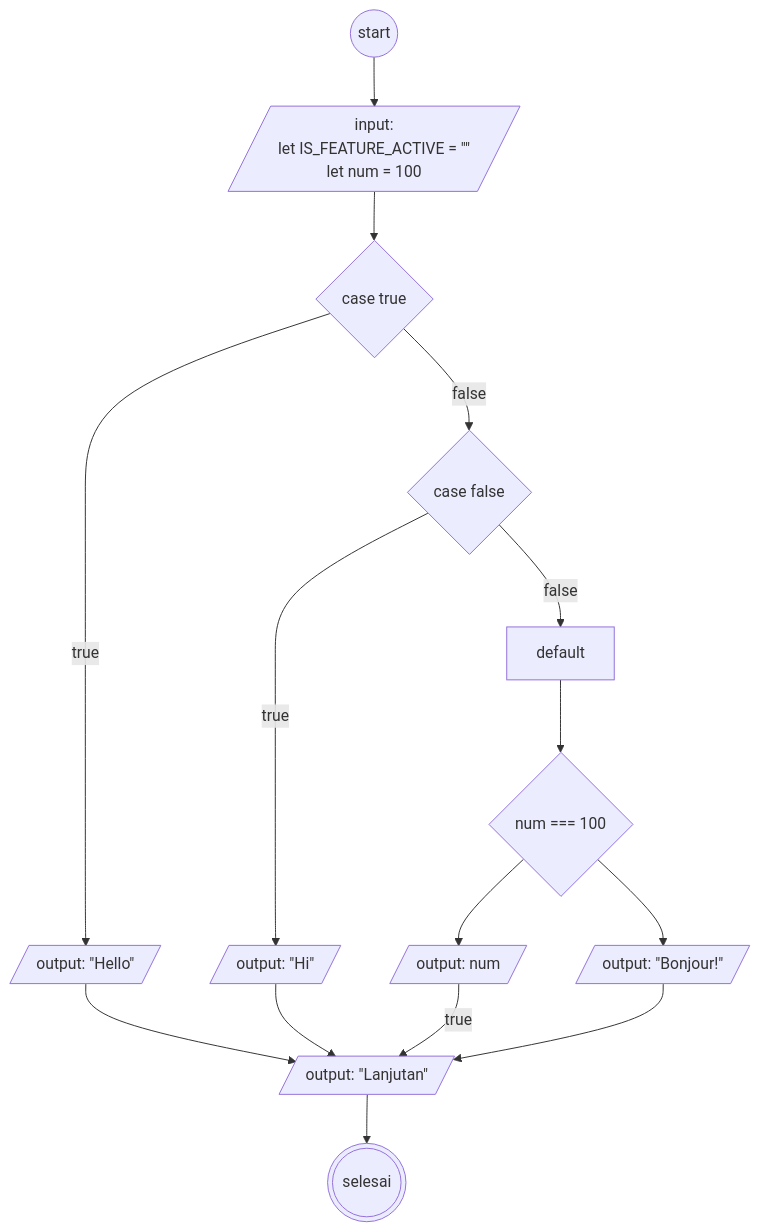
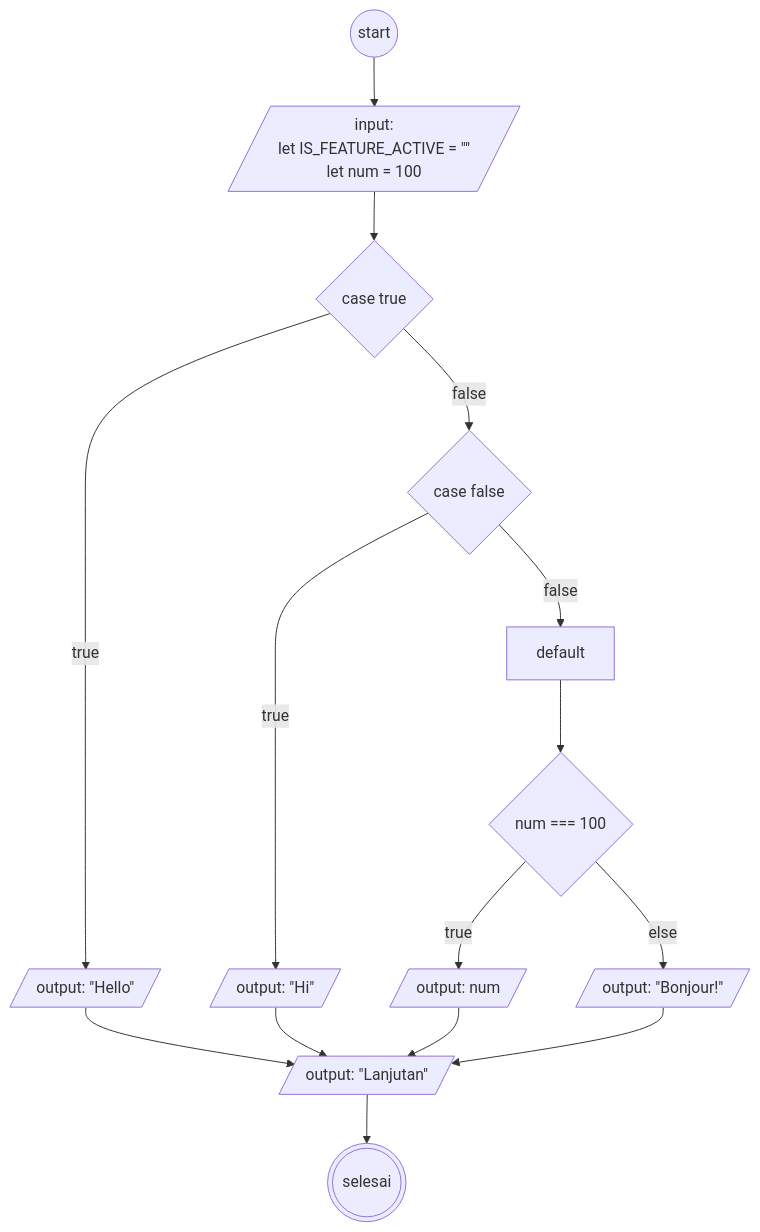
One commit to mslthn/koda-b6-javascript1 changed the diagram in flowchart-switch.md. Above: the diagram before and after it, drawn with Mermaid.

````diff
--- a/flowchart-switch.md
+++ b/flowchart-switch.md
@@ -1,34 +1,34 @@
 ```mermaid
 flowchart TD
 
 start@{shape: circ}
 init@{shape: lean-r, label: "input: 
 let IS_FEATURE_ACTIVE = #quot;#quot;
 let num = 100"}
 
 swT@{shape: diamond, label: "case true"}
 swF@{shape: diamond, label: "case false"}
 caseT@{shape: lean-r, label: "output: #quot;Hello#quot;"}
 caseF@{shape: lean-r, label: "output: #quot;Hi#quot;"}
 default@{}
 if@{shape: diamond, label: "num === 100"}
 ifT@{shape: lean-r, label: "output: num"}
 else@{shape: lean-r, label: "output: #quot;Bonjour!#quot;"}
 lanjutan@{shape: lean-r, label: "output: #quot;Lanjutan#quot;"}
 selesai@{shape: dbl-circ}
 
 start-->init
 init-->swT-->|true| caseT
 swT-->|false| swF
 swF-->|true| caseF
 swF-->|false| default
 
 default-->if
-if-->ifT
-if-->else
+if-->|true| ifT
+if-->|else| else
 caseT-->lanjutan
 caseF-->lanjutan
-ifT-->|true| lanjutan
+ifT--> lanjutan
 else-->lanjutan
 lanjutan-->selesai
 ```
````
